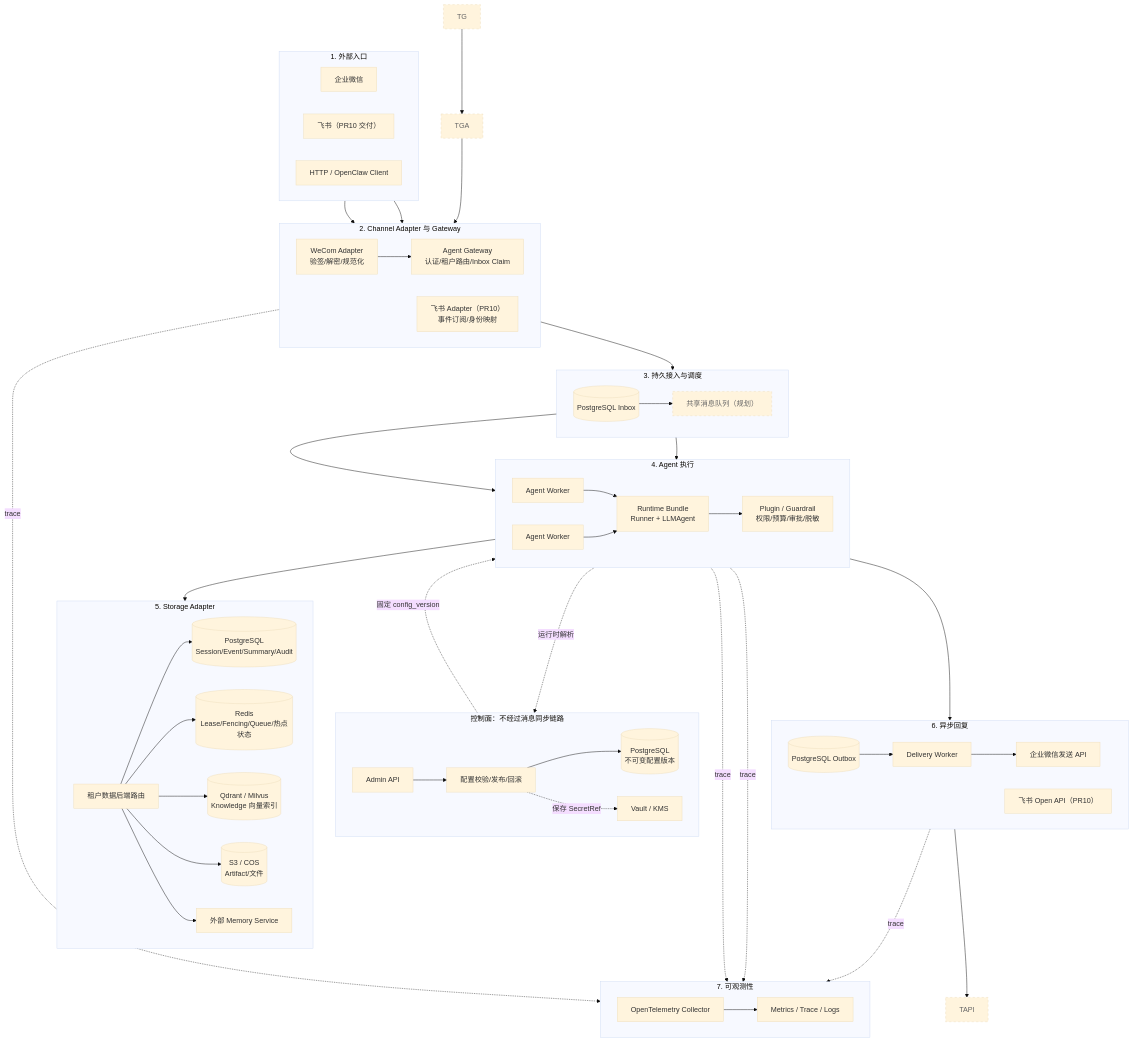
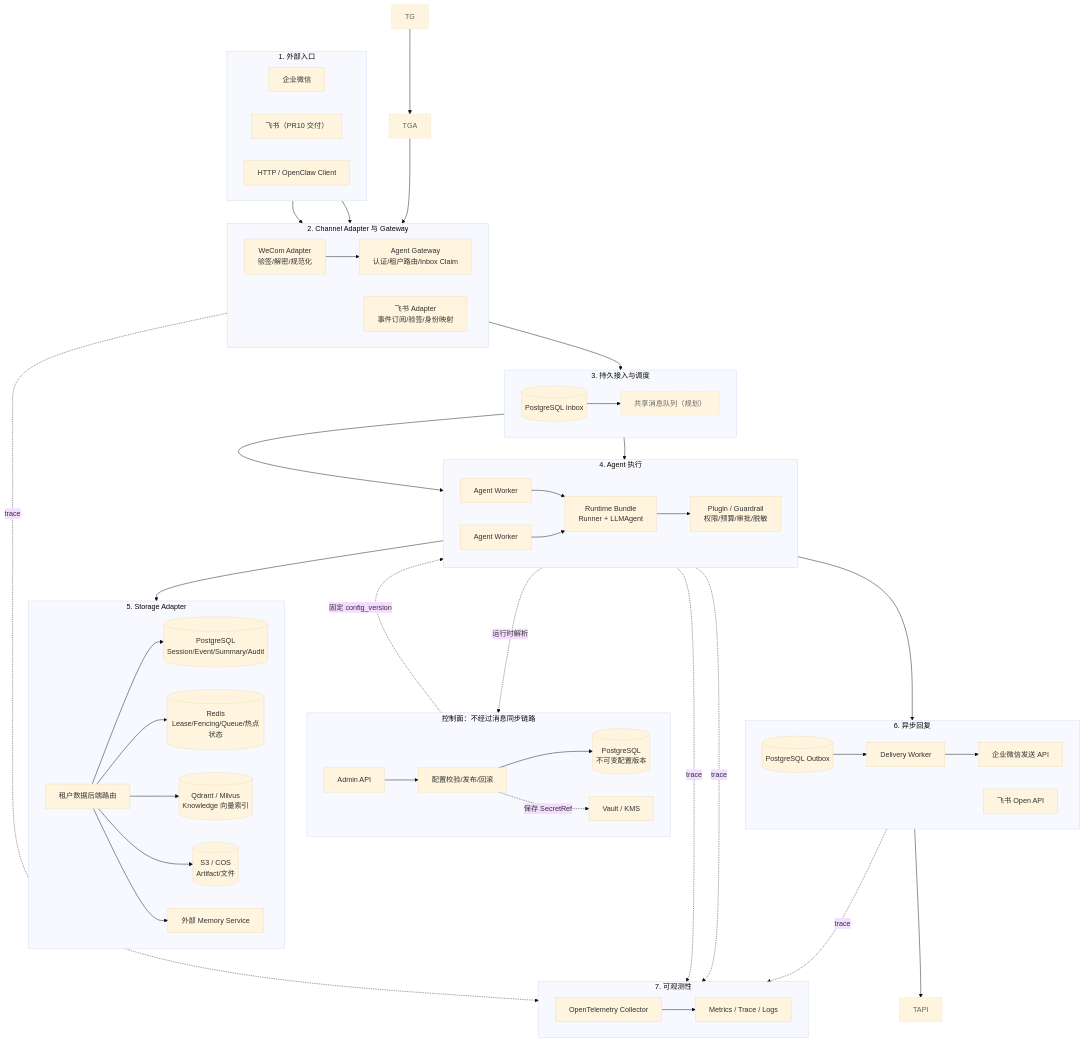
Before and after one commit to Skylm808/trpc-agent-service: the first of 2 diagrams in docs/architecture.md, drawn with Mermaid (base theme). The commit also changed other lines of this file and 20 other files, not shown here.

```diff
--- a/docs/architecture.md
+++ b/docs/architecture.md
@@ -24,7 +24,7 @@
     subgraph EDGE["2. Channel Adapter 与 Gateway"]
         direction LR
         WCA[WeCom Adapter<br/>验签/解密/规范化]
-        FSA[飞书 Adapter（PR10）<br/>事件订阅/身份映射]
+        FSA[飞书 Adapter<br/>事件订阅/验签/身份映射]
         GW[Agent Gateway<br/>认证/租户路由/Inbox Claim]
     end
 
@@ -65,7 +65,7 @@
         OUTBOX[(PostgreSQL Outbox)]
         OUT[Delivery Worker]
         WAPI[企业微信发送 API]
-        FAPI[飞书 Open API（PR10）]
+        FAPI[飞书 Open API]
     end
 
     subgraph OBS["7. 可观测性"]
```
